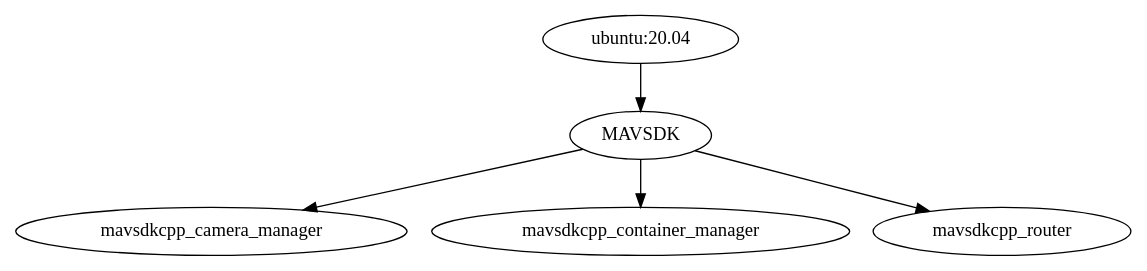
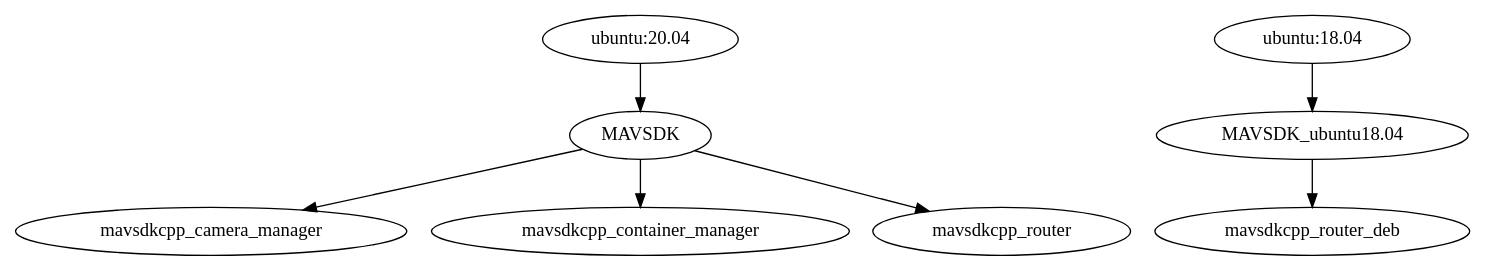
One commit to coccobas/DocuConversionNotion changed the second of 3 diagrams in source/drones/drone.rst. Above: the diagram before and after it, drawn with Graphviz.

Commit message:
build mavsdkcpp_router deb separately for serial to udp service

```diff
--- a/source/drones/drone.rst
+++ b/source/drones/drone.rst
@@ -24,13 +24,16 @@
 .. graphviz::
 
    digraph mavsdkcpp_containers {
       "MAVSDK" [URL="https://github.com/BeagleSystems/mavsdk"]
       "ubuntu:20.04"
+      "ubuntu:18.04"
       "mavsdkcpp_camera_manager" [URL="https://github.com/BeagleSystems/mavsdkcpp-camera-manager"]
       "mavsdkcpp_container_manager" [URL="https://github.com/BeagleSystems/mavsdkcpp-container-manager"]
       "mavsdkcpp_router" [URL="https://github.com/BeagleSystems/mavsdkcpp-router"]
+      "ubuntu:18.04" -> "MAVSDK_ubuntu18.04"
+      "MAVSDK_ubuntu18.04" -> "mavsdkcpp_router_deb"
       "ubuntu:20.04" -> "MAVSDK"
       "MAVSDK" -> "mavsdkcpp_camera_manager"
       "MAVSDK" -> "mavsdkcpp_container_manager"
       "MAVSDK" -> "mavsdkcpp_router"
    }
```
